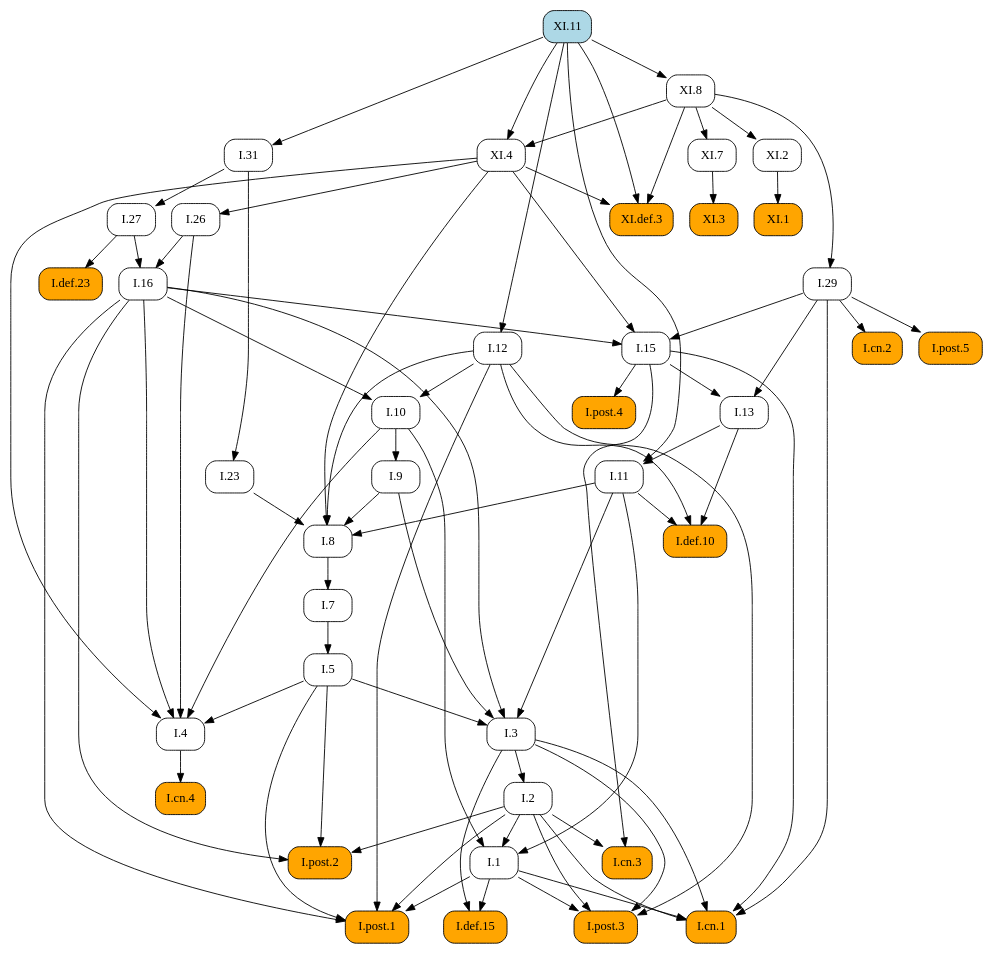
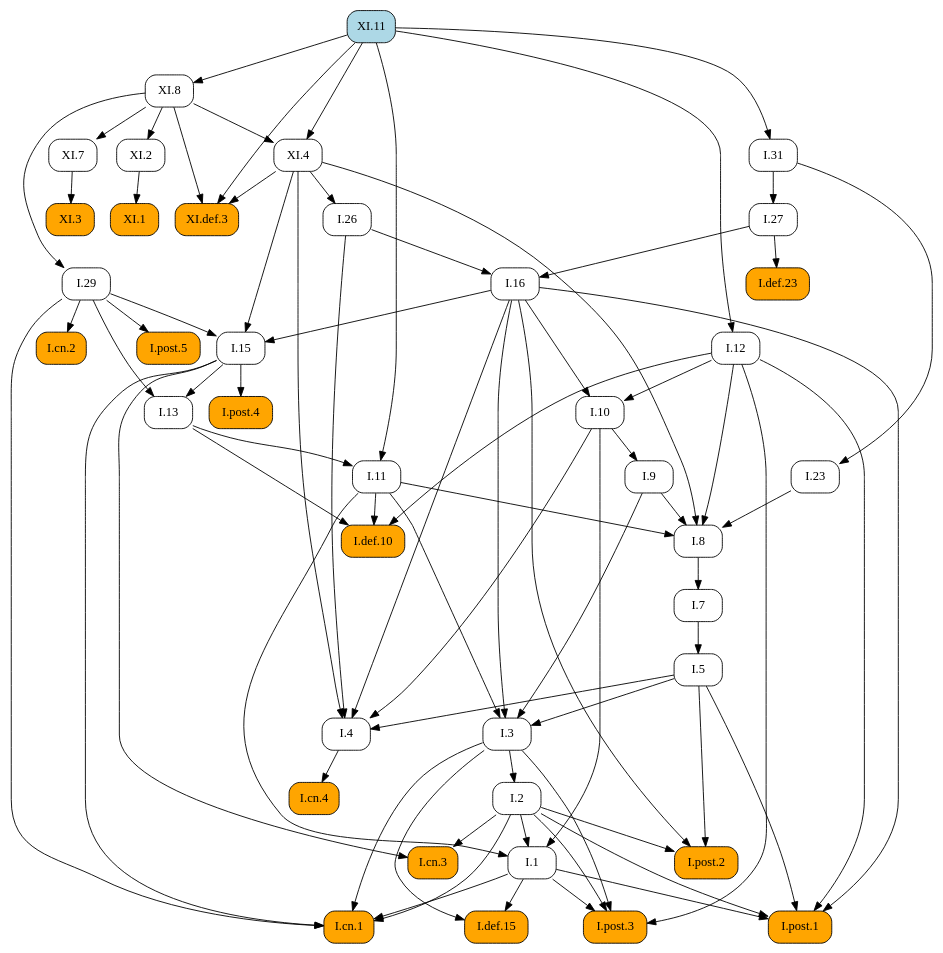
The diagram in docsrc/heath/XI/11/index.rst (geometor/elements), drawn with Graphviz before and after one commit. The commit also changed other lines of this file and 1029 other files, not shown here.

```diff
--- a/docsrc/heath/XI/11/index.rst
+++ b/docsrc/heath/XI/11/index.rst
@@ -49,120 +49,120 @@
    digraph {
      rankdir="TB";
      node [shape=box, style=rounded];
+     "I.def.10" [style="rounded,filled", fillcolor=orange, URL="/heath/I/def.10/", target="_top"];
+     "I.11" [URL="/heath/I/11/", target="_top"];
+     "XI.def.3" [style="rounded,filled", fillcolor=orange, URL="/heath/XI/def.3/", target="_top"];
+     "I.1" [URL="/heath/I/1/", target="_top"];
+     "I.post.4" [style="rounded,filled", fillcolor=orange, URL="/heath/I/post.4/", target="_top"];
+     "I.26" [URL="/heath/I/26/", target="_top"];
+     "XI.7" [URL="/heath/XI/7/", target="_top"];
+     "I.29" [URL="/heath/I/29/", target="_top"];
+     "I.cn.2" [style="rounded,filled", fillcolor=orange, URL="/heath/I/cn.2/", target="_top"];
+     "XI.8" [URL="/heath/XI/8/", target="_top"];
+     "I.def.15" [style="rounded,filled", fillcolor=orange, URL="/heath/I/def.15/", target="_top"];
+     "I.post.3" [style="rounded,filled", fillcolor=orange, URL="/heath/I/post.3/", target="_top"];
+     "XI.11" [style="rounded,filled", fillcolor=lightblue, URL="/heath/XI/11/", target="_top"];
+     "XI.1" [style="rounded,filled", fillcolor=orange, URL="/heath/XI/1/", target="_top"];
+     "I.cn.1" [style="rounded,filled", fillcolor=orange, URL="/heath/I/cn.1/", target="_top"];
      "I.cn.3" [style="rounded,filled", fillcolor=orange, URL="/heath/I/cn.3/", target="_top"];
-     "XI.11" [style="rounded,filled", fillcolor=lightblue, URL="/heath/XI/11/", target="_top"];
-     "I.29" [URL="/heath/I/29/", target="_top"];
+     "XI.2" [URL="/heath/XI/2/", target="_top"];
+     "I.23" [URL="/heath/I/23/", target="_top"];
+     "I.post.1" [style="rounded,filled", fillcolor=orange, URL="/heath/I/post.1/", target="_top"];
+     "I.27" [URL="/heath/I/27/", target="_top"];
      "I.7" [URL="/heath/I/7/", target="_top"];
-     "I.27" [URL="/heath/I/27/", target="_top"];
+     "I.3" [URL="/heath/I/3/", target="_top"];
+     "I.2" [URL="/heath/I/2/", target="_top"];
+     "I.4" [URL="/heath/I/4/", target="_top"];
      "I.def.23" [style="rounded,filled", fillcolor=orange, URL="/heath/I/def.23/", target="_top"];
+     "I.13" [URL="/heath/I/13/", target="_top"];
+     "I.12" [URL="/heath/I/12/", target="_top"];
+     "I.31" [URL="/heath/I/31/", target="_top"];
+     "I.post.2" [style="rounded,filled", fillcolor=orange, URL="/heath/I/post.2/", target="_top"];
+     "I.16" [URL="/heath/I/16/", target="_top"];
+     "I.9" [URL="/heath/I/9/", target="_top"];
      "I.8" [URL="/heath/I/8/", target="_top"];
-     "I.9" [URL="/heath/I/9/", target="_top"];
+     "I.cn.4" [style="rounded,filled", fillcolor=orange, URL="/heath/I/cn.4/", target="_top"];
+     "I.15" [URL="/heath/I/15/", target="_top"];
      "XI.4" [URL="/heath/XI/4/", target="_top"];
-     "I.post.4" [style="rounded,filled", fillcolor=orange, URL="/heath/I/post.4/", target="_top"];
-     "I.2" [URL="/heath/I/2/", target="_top"];
-     "I.def.15" [style="rounded,filled", fillcolor=orange, URL="/heath/I/def.15/", target="_top"];
-     "I.1" [URL="/heath/I/1/", target="_top"];
-     "I.post.1" [style="rounded,filled", fillcolor=orange, URL="/heath/I/post.1/", target="_top"];
-     "XI.1" [style="rounded,filled", fillcolor=orange, URL="/heath/XI/1/", target="_top"];
-     "I.cn.4" [style="rounded,filled", fillcolor=orange, URL="/heath/I/cn.4/", target="_top"];
-     "I.26" [URL="/heath/I/26/", target="_top"];
-     "I.23" [URL="/heath/I/23/", target="_top"];
-     "I.13" [URL="/heath/I/13/", target="_top"];
-     "I.cn.2" [style="rounded,filled", fillcolor=orange, URL="/heath/I/cn.2/", target="_top"];
+     "I.post.5" [style="rounded,filled", fillcolor=orange, URL="/heath/I/post.5/", target="_top"];
+     "I.10" [URL="/heath/I/10/", target="_top"];
      "I.5" [URL="/heath/I/5/", target="_top"];
-     "I.11" [URL="/heath/I/11/", target="_top"];
-     "I.10" [URL="/heath/I/10/", target="_top"];
-     "I.4" [URL="/heath/I/4/", target="_top"];
-     "I.3" [URL="/heath/I/3/", target="_top"];
-     "I.16" [URL="/heath/I/16/", target="_top"];
-     "I.31" [URL="/heath/I/31/", target="_top"];
-     "I.def.10" [style="rounded,filled", fillcolor=orange, URL="/heath/I/def.10/", target="_top"];
-     "XI.def.3" [style="rounded,filled", fillcolor=orange, URL="/heath/XI/def.3/", target="_top"];
-     "I.post.2" [style="rounded,filled", fillcolor=orange, URL="/heath/I/post.2/", target="_top"];
-     "I.post.3" [style="rounded,filled", fillcolor=orange, URL="/heath/I/post.3/", target="_top"];
-     "I.post.5" [style="rounded,filled", fillcolor=orange, URL="/heath/I/post.5/", target="_top"];
      "XI.3" [style="rounded,filled", fillcolor=orange, URL="/heath/XI/3/", target="_top"];
-     "I.12" [URL="/heath/I/12/", target="_top"];
-     "XI.7" [URL="/heath/XI/7/", target="_top"];
-     "I.15" [URL="/heath/I/15/", target="_top"];
-     "I.cn.1" [style="rounded,filled", fillcolor=orange, URL="/heath/I/cn.1/", target="_top"];
-     "XI.2" [URL="/heath/XI/2/", target="_top"];
-     "XI.8" [URL="/heath/XI/8/", target="_top"];
+     "I.11" -> "I.def.10";
+     "I.12" -> "I.def.10";
+     "I.13" -> "I.def.10";
+     "I.13" -> "I.11";
+     "XI.11" -> "I.11";
+     "XI.4" -> "XI.def.3";
+     "XI.8" -> "XI.def.3";
+     "XI.11" -> "XI.def.3";
+     "I.2" -> "I.1";
+     "I.10" -> "I.1";
+     "I.11" -> "I.1";
+     "I.15" -> "I.post.4";
+     "XI.4" -> "I.26";
+     "XI.8" -> "XI.7";
+     "XI.8" -> "I.29";
+     "I.29" -> "I.cn.2";
+     "XI.11" -> "XI.8";
+     "I.1" -> "I.def.15";
+     "I.3" -> "I.def.15";
+     "I.1" -> "I.post.3";
+     "I.2" -> "I.post.3";
+     "I.3" -> "I.post.3";
+     "I.12" -> "I.post.3";
+     "XI.2" -> "XI.1";
+     "I.1" -> "I.cn.1";
+     "I.2" -> "I.cn.1";
+     "I.3" -> "I.cn.1";
+     "I.15" -> "I.cn.1";
+     "I.29" -> "I.cn.1";
      "I.2" -> "I.cn.3";
      "I.15" -> "I.cn.3";
-     "XI.8" -> "I.29";
+     "XI.8" -> "XI.2";
+     "I.31" -> "I.23";
+     "I.1" -> "I.post.1";
+     "I.2" -> "I.post.1";
+     "I.5" -> "I.post.1";
+     "I.12" -> "I.post.1";
+     "I.16" -> "I.post.1";
+     "I.31" -> "I.27";
      "I.8" -> "I.7";
-     "I.31" -> "I.27";
+     "I.5" -> "I.3";
+     "I.9" -> "I.3";
+     "I.11" -> "I.3";
+     "I.16" -> "I.3";
+     "I.3" -> "I.2";
+     "I.5" -> "I.4";
+     "I.10" -> "I.4";
+     "I.16" -> "I.4";
+     "I.26" -> "I.4";
+     "XI.4" -> "I.4";
      "I.27" -> "I.def.23";
+     "I.15" -> "I.13";
+     "I.29" -> "I.13";
+     "XI.11" -> "I.12";
+     "XI.11" -> "I.31";
+     "I.2" -> "I.post.2";
+     "I.5" -> "I.post.2";
+     "I.16" -> "I.post.2";
+     "I.26" -> "I.16";
+     "I.27" -> "I.16";
+     "I.10" -> "I.9";
      "I.9" -> "I.8";
      "I.11" -> "I.8";
      "I.12" -> "I.8";
      "I.23" -> "I.8";
      "XI.4" -> "I.8";
-     "I.10" -> "I.9";
-     "XI.8" -> "XI.4";
-     "XI.11" -> "XI.4";
-     "I.15" -> "I.post.4";
-     "I.3" -> "I.2";
-     "I.1" -> "I.def.15";
-     "I.3" -> "I.def.15";
-     "I.2" -> "I.1";
-     "I.10" -> "I.1";
-     "I.11" -> "I.1";
-     "I.1" -> "I.post.1";
-     "I.2" -> "I.post.1";
-     "I.5" -> "I.post.1";
-     "I.12" -> "I.post.1";
-     "I.16" -> "I.post.1";
-     "XI.2" -> "XI.1";
      "I.4" -> "I.cn.4";
-     "XI.4" -> "I.26";
-     "I.31" -> "I.23";
-     "I.15" -> "I.13";
-     "I.29" -> "I.13";
-     "I.29" -> "I.cn.2";
-     "I.7" -> "I.5";
-     "I.13" -> "I.11";
-     "XI.11" -> "I.11";
-     "I.12" -> "I.10";
-     "I.16" -> "I.10";
-     "I.5" -> "I.4";
-     "I.10" -> "I.4";
-     "I.16" -> "I.4";
-     "I.26" -> "I.4";
-     "XI.4" -> "I.4";
-     "I.5" -> "I.3";
-     "I.9" -> "I.3";
-     "I.11" -> "I.3";
-     "I.16" -> "I.3";
-     "I.26" -> "I.16";
-     "I.27" -> "I.16";
-     "XI.11" -> "I.31";
-     "I.11" -> "I.def.10";
-     "I.12" -> "I.def.10";
-     "I.13" -> "I.def.10";
-     "XI.4" -> "XI.def.3";
-     "XI.8" -> "XI.def.3";
-     "XI.11" -> "XI.def.3";
-     "I.2" -> "I.post.2";
-     "I.5" -> "I.post.2";
-     "I.16" -> "I.post.2";
-     "I.1" -> "I.post.3";
-     "I.2" -> "I.post.3";
-     "I.3" -> "I.post.3";
-     "I.12" -> "I.post.3";
-     "I.29" -> "I.post.5";
-     "XI.7" -> "XI.3";
-     "XI.11" -> "I.12";
-     "XI.8" -> "XI.7";
      "I.16" -> "I.15";
      "I.29" -> "I.15";
      "XI.4" -> "I.15";
-     "I.1" -> "I.cn.1";
-     "I.2" -> "I.cn.1";
-     "I.3" -> "I.cn.1";
-     "I.15" -> "I.cn.1";
-     "I.29" -> "I.cn.1";
-     "XI.8" -> "XI.2";
-     "XI.11" -> "XI.8";
+     "XI.8" -> "XI.4";
+     "XI.11" -> "XI.4";
+     "I.29" -> "I.post.5";
+     "I.12" -> "I.10";
+     "I.16" -> "I.10";
+     "I.7" -> "I.5";
+     "XI.7" -> "XI.3";
    }
```
